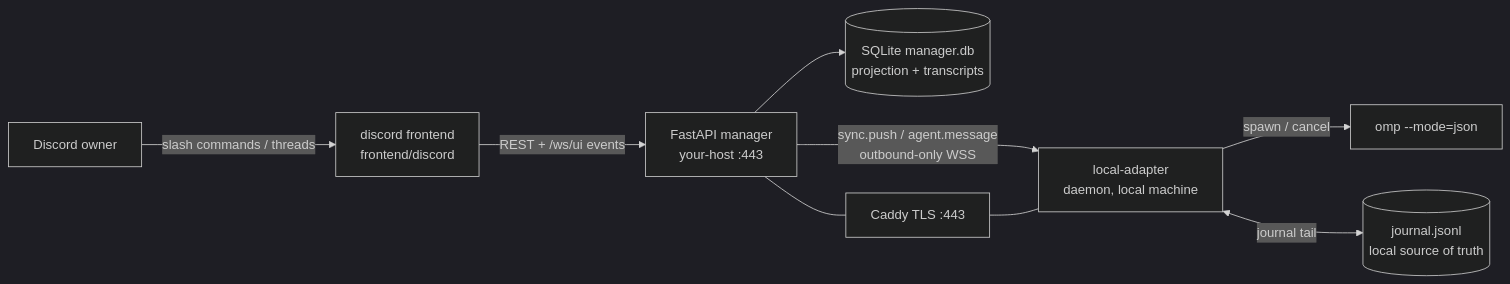
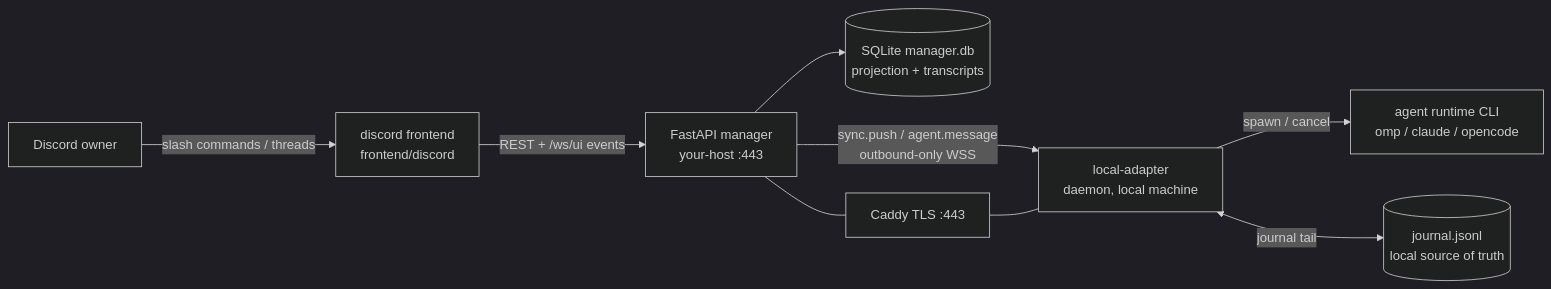
One commit to coder-newbie404/agent-hub changed the diagram in docs/ARCHITECTURE.md. Above: the diagram before and after it, drawn with Mermaid (dark theme). The commit also changed other lines of this file and 8 other files, not shown here.

````diff
--- a/docs/ARCHITECTURE.md
+++ b/docs/ARCHITECTURE.md
@@ -8,10 +9,10 @@
 ```mermaid
 flowchart LR
     U[Discord owner] -- slash commands / threads --> D[discord frontend\nfrontend/discord]
     D -- REST + /ws/ui events --> HUB[FastAPI manager\nyour-host :443]
     HUB -- sync.push / agent.message\noutbound-only WSS --> A[local-adapter\ndaemon, local machine]
-    A -- spawn / cancel --> O[omp --mode=json]
+    A -- spawn / cancel --> O[agent runtime CLI\nomp / claude / opencode]
     A <-- journal tail --> J[(journal.jsonl\nlocal source of truth)]
     HUB --> DB[(SQLite manager.db\nprojection + transcripts)]
     HUB --- C[Caddy TLS :443] --- A
 ```
````
